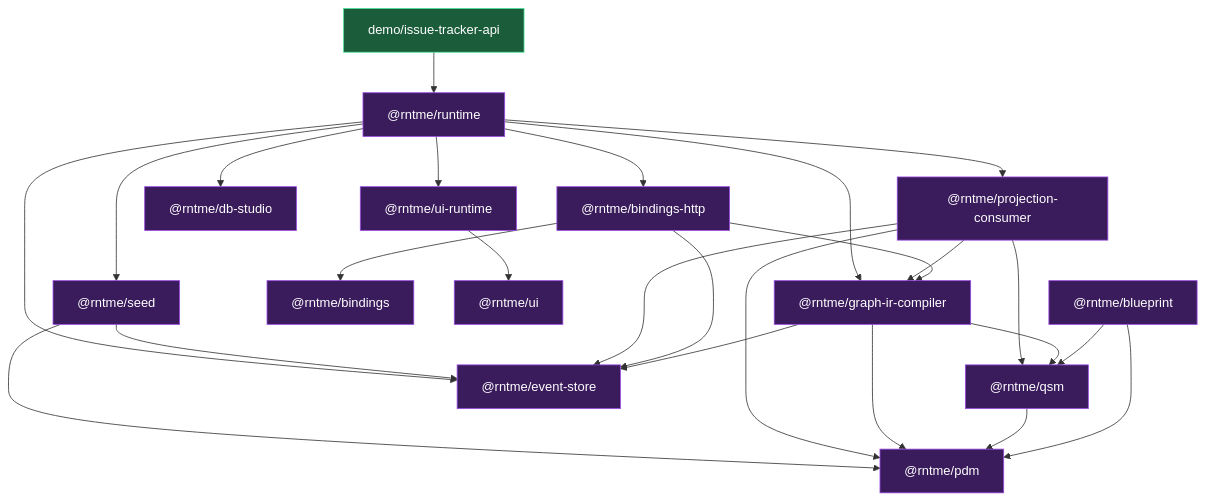
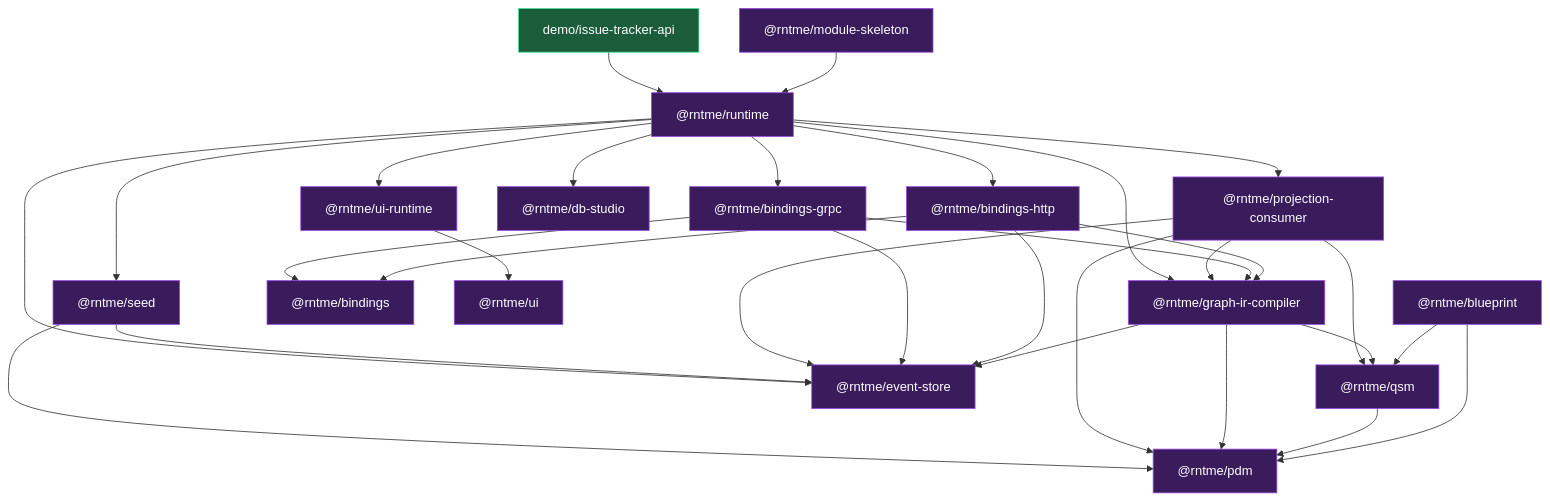
One commit to vladprrs/rntme changed the second of 2 diagrams in README.md. Above: the diagram before and after it, drawn with Mermaid. The commit also changed other lines of this file and 11 other files, not shown here.

````diff
--- a/README.md
+++ b/README.md
@@ -113,30 +131,34 @@
 ```mermaid
 flowchart TB
     classDef pkg fill:#3a1b5c,stroke:#9a4ae2,color:#fff;
     classDef demo fill:#1b5c3a,stroke:#4ae29a,color:#fff;
 
     BP["@rntme/blueprint"]:::pkg
     PDM["@rntme/pdm"]:::pkg
     QSM["@rntme/qsm"]:::pkg
     ES["@rntme/event-store"]:::pkg
     GIR["@rntme/graph-ir-compiler"]:::pkg
     B["@rntme/bindings"]:::pkg
     BH["@rntme/bindings-http"]:::pkg
+    BG["@rntme/bindings-grpc"]:::pkg
     UI["@rntme/ui"]:::pkg
     UIR["@rntme/ui-runtime"]:::pkg
     DS["@rntme/db-studio"]:::pkg
     PC["@rntme/projection-consumer"]:::pkg
     SD["@rntme/seed"]:::pkg
     RT["@rntme/runtime"]:::pkg
+    MS["@rntme/module-skeleton"]:::pkg
     DEMO["demo/issue-tracker-api"]:::demo
 
     BP --> PDM & QSM
     QSM --> PDM
     GIR --> PDM & QSM & ES
     BH --> B & GIR & ES
+    BG --> B & GIR & ES
     UIR --> UI
     PC --> ES & GIR & PDM & QSM
     SD --> ES & PDM
-    RT --> BH & UIR & DS & PC & SD & GIR & ES
+    RT --> BH & BG & UIR & DS & PC & SD & GIR & ES
+    MS --> RT
     DEMO --> RT
 ```
````
